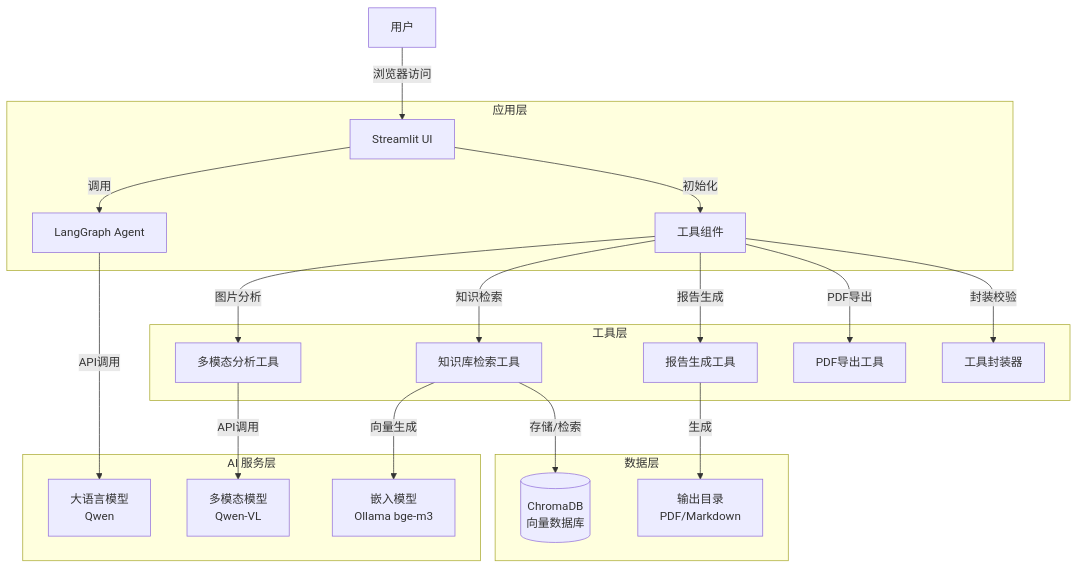
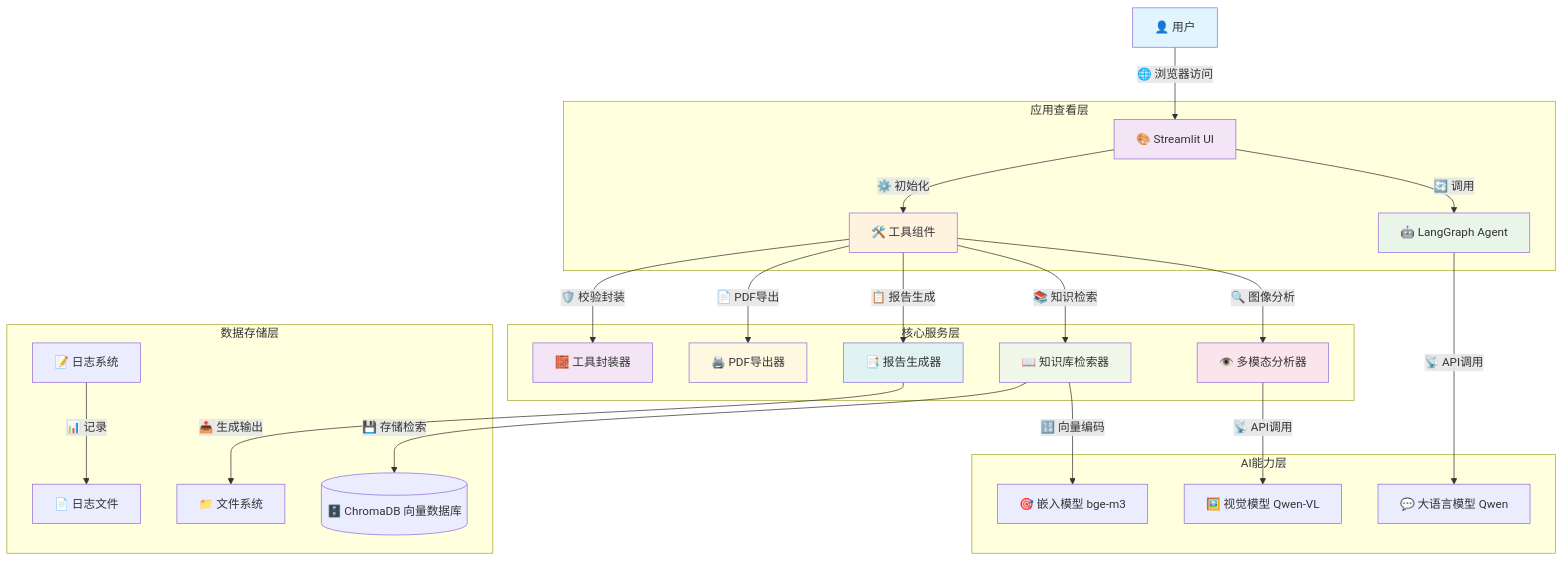
One commit to guchanghao1/zhianjian_system changed the first of 2 diagrams in README.md. Above: the diagram before and after it, drawn with Mermaid. The commit also changed other lines of this file, not shown here.

````diff
--- a/README.md
+++ b/README.md
@@ -73,28 +82,39 @@
 ```mermaid
 graph TB
-    User[用户] -->|浏览器访问| Streamlit[Streamlit UI]
+    User[👤 用户] -->|🌐 浏览器访问| Streamlit[🎨 Streamlit UI]
     
-    subgraph "应用层"
-        Streamlit -->|调用| Agent[LangGraph Agent]
-        Streamlit -->|初始化| Tools[工具组件]
+    subgraph "应用查看层"
+        Streamlit -->|🔄 调用| Agent[🤖 LangGraph Agent]
+        Streamlit -->|⚙️ 初始化| Tools[🛠️ 工具组件]
     end
     
-    subgraph "工具层"
-        Tools -->|图片分析| Multimodal[多模态分析工具]
-        Tools -->|知识检索| Retrieval[知识库检索工具]
-        Tools -->|报告生成| Report[报告生成工具]
-        Tools -->|PDF导出| PDF[PDF导出工具]
-        Tools -->|封装校验| Wrappers[工具封装器]
+    subgraph "核心服务层"
+        Tools -->|🔍 图像分析| Multimodal[👁️ 多模态分析器]
+        Tools -->|📚 知识检索| Retrieval[📖 知识库检索器]
+        Tools -->|📋 报告生成| Report[📑 报告生成器]
+        Tools -->|📄 PDF导出| PDF[🖨️ PDF导出器]
+        Tools -->|🛡️ 校验封装| Wrappers[🧱 工具封装器]
     end
     
-    subgraph "AI 服务层"
-        Multimodal -->|API调用| VisionModel[多模态模型<br/>Qwen-VL]
-        Agent -->|API调用| LLM[大语言模型<br/>Qwen]
-        Retrieval -->|向量生成| Embedding[嵌入模型<br/>Ollama bge-m3]
+    subgraph "AI能力层"
+        Multimodal -->|📡 API调用| VisionModel[🖼️ 视觉模型 Qwen-VL]
+        Agent -->|📡 API调用| LLM[💬 大语言模型 Qwen]
+        Retrieval -->|🔢 向量编码| Embedding[🎯 嵌入模型 bge-m3]
     end
     
-    subgraph "数据层"
-        Retrieval -->|存储/检索| ChromaDB[(ChromaDB<br/>向量数据库)]
-        Report -->|生成| Output[输出目录<br/>PDF/Markdown]
+    subgraph "数据存储层"
+        Retrieval -->|💾 存储检索| ChromaDB[(🗄️ ChromaDB 向量数据库)]
+        Report -->|📤 生成输出| FileSystem[📁 文件系统]
+        Logs[📝 日志系统] -->|📊 记录| LogFiles[📄 日志文件]
     end
+    
+    style User fill:#e1f5fe
+    style Streamlit fill:#f3e5f5
+    style Agent fill:#e8f5e8
+    style Tools fill:#fff3e0
+    style Multimodal fill:#fce4ec
+    style Retrieval fill:#f1f8e9
+    style Report fill:#e0f2f1
+    style PDF fill:#fff8e1
+    style Wrappers fill:#f3e5f5
 ```
````
